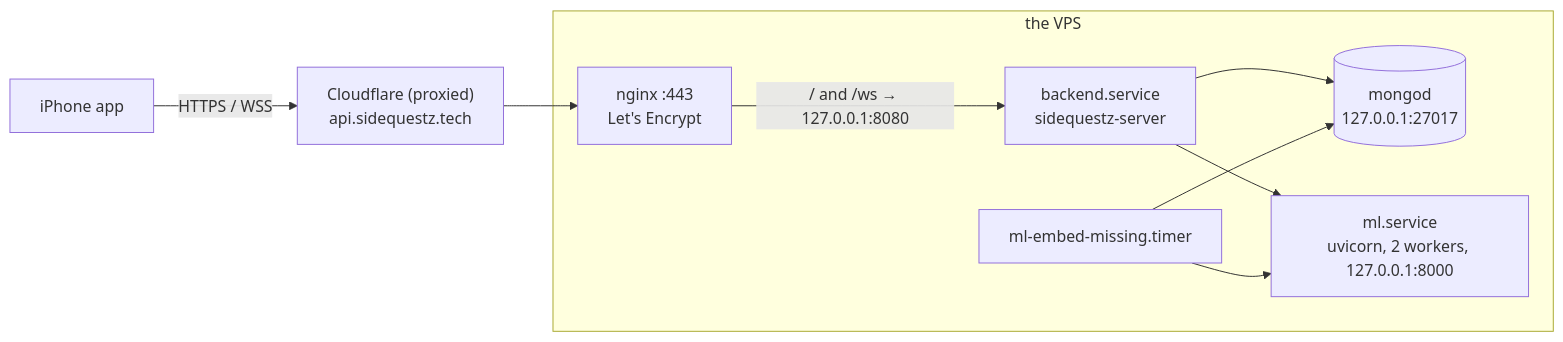
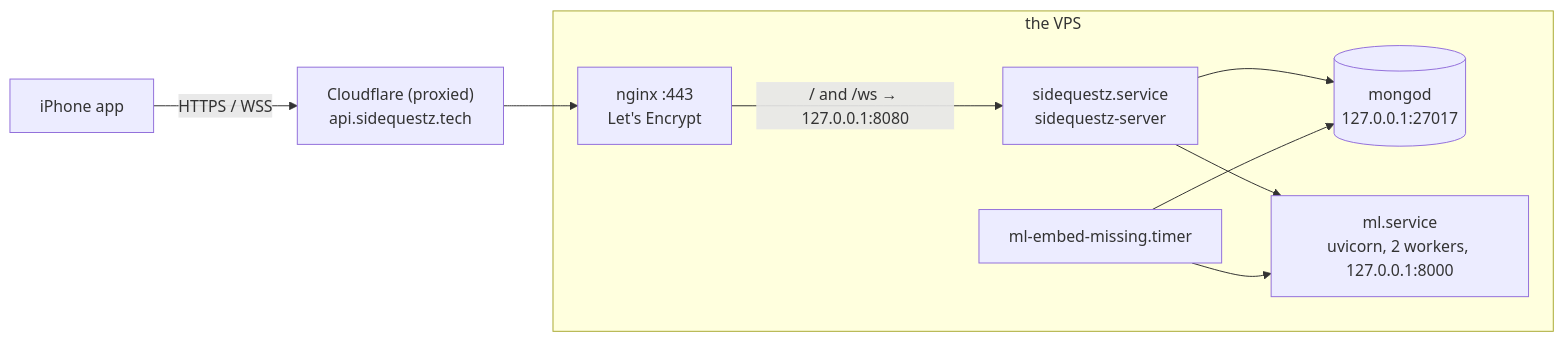
One commit to karthiksing05/HackGT-13-Proj changed the diagram in docs/DEPLOY.md. Above: the diagram before and after it, drawn with Mermaid. The commit also changed other lines of this file and 1 other file, not shown here.

````diff
--- a/docs/DEPLOY.md
+++ b/docs/DEPLOY.md
@@ -10,12 +10,12 @@
 ```mermaid
 flowchart LR
     app["iPhone app"] -- "HTTPS / WSS" --> cf["Cloudflare (proxied)<br/>api.sidequestz.tech"]
     cf --> nginx["nginx :443<br/>Let's Encrypt"]
     subgraph vps["the VPS"]
-        nginx -- "/ and /ws → 127.0.0.1:8080" --> go["backend.service<br/>sidequestz-server"]
+        nginx -- "/ and /ws → 127.0.0.1:8080" --> go["sidequestz.service<br/>sidequestz-server"]
         go --> mongo[("mongod<br/>127.0.0.1:27017")]
         go --> ml["ml.service<br/>uvicorn, 2 workers, 127.0.0.1:8000"]
         timer["ml-embed-missing.timer"] --> ml
         timer --> mongo
     end
 ```
````
